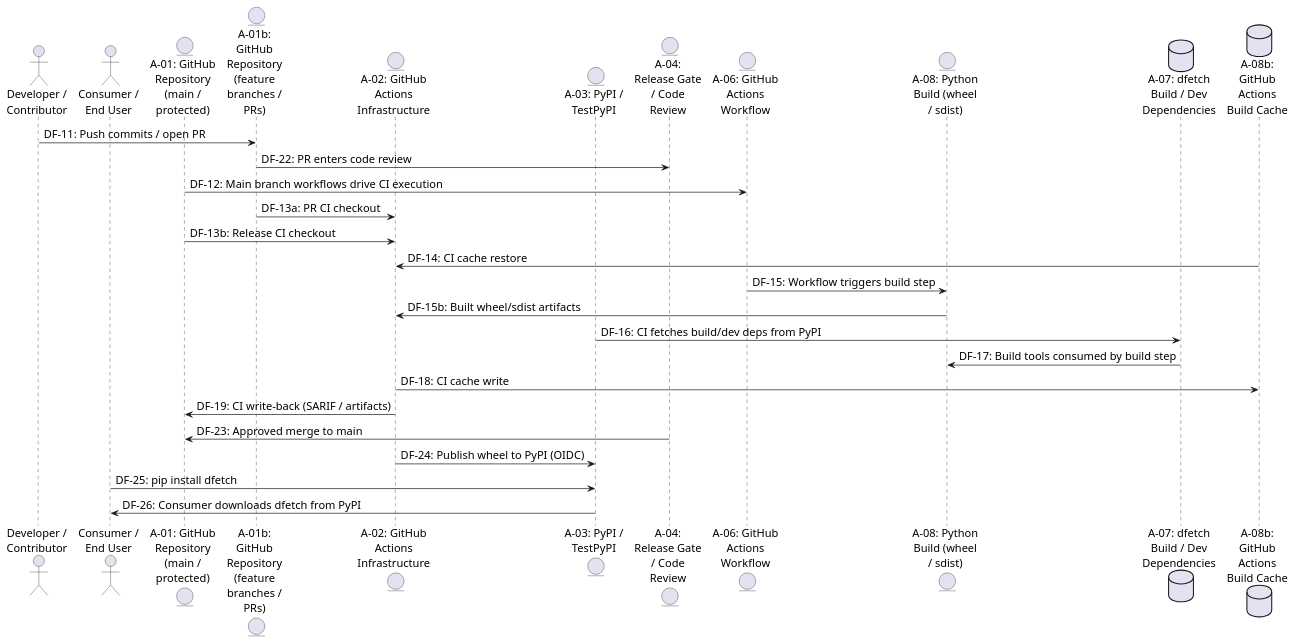
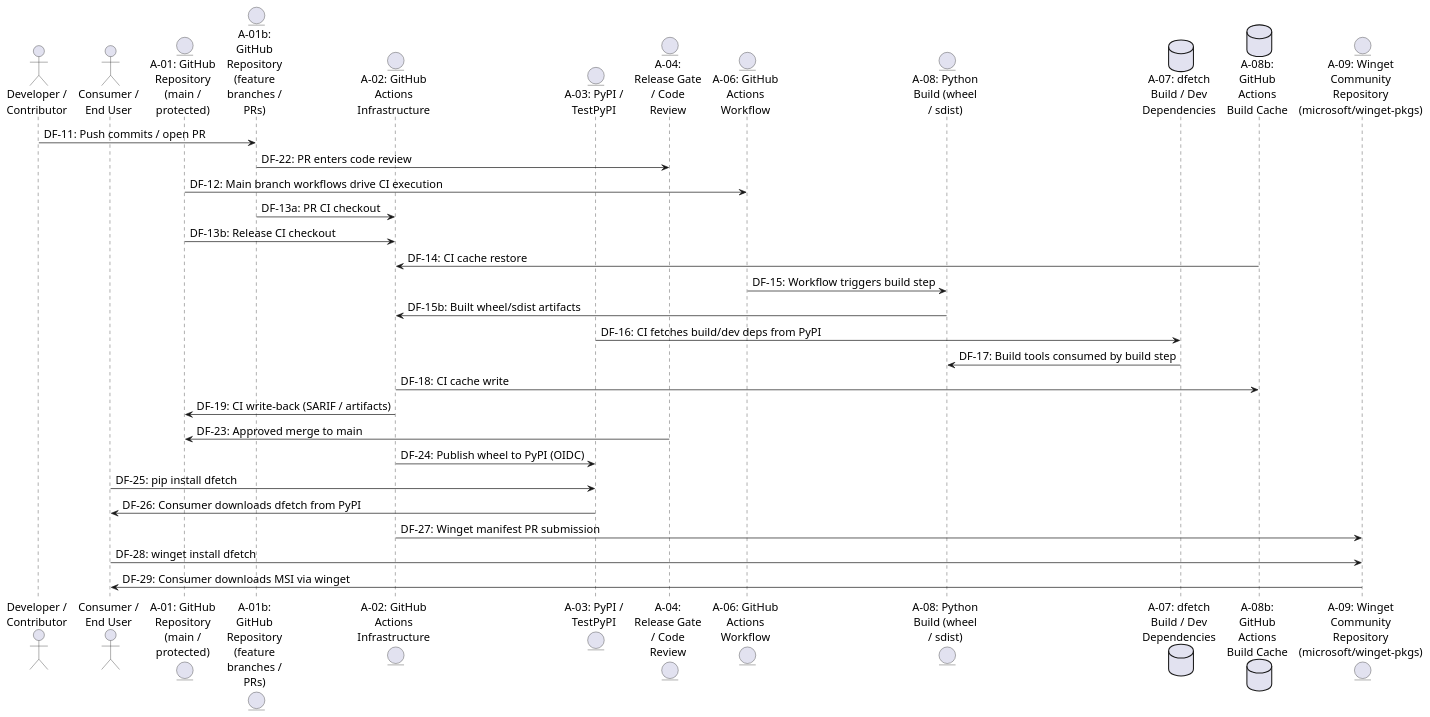
One commit to dfetch-org/dfetch changed the second of 2 diagrams in doc/explanation/threat_model_supply_chain.rst. Above: the diagram before and after it, drawn with PlantUML. The commit also changed other lines of this file and 5 other files, not shown here.

First line of the commit message:
Automate Winget manifest submission on release (#1263)

```diff
--- a/doc/explanation/threat_model_supply_chain.rst
+++ b/doc/explanation/threat_model_supply_chain.rst
@@ -401,33 +444,37 @@
 .. uml::
 
    @startuml
    skinparam defaultFontSize 16
    actor actor_DeveloperContributor_d2006ce1bb as "Developer /\nContributor"
    actor actor_ConsumerEndUser_f8af758679 as "Consumer /\nEnd User"
    entity externalentity_AGitHubRepositorymainprotected_2c440ebe53 as "A-01: GitHub\nRepository\n(main /\nprotected)"
    entity externalentity_AbGitHubRepositoryfeaturebranchesPRs_0291419f72 as "A-01b:\nGitHub\nRepository\n(feature\nbranches /\nPRs)"
    entity externalentity_AGitHubActionsInfrastructure_c76a0a7067 as "A-02: GitHub\nActions\nInfrastructure"
    entity externalentity_APyPITestPyPI_c6f87088c2 as "A-03: PyPI /\nTestPyPI"
    entity process_AReleaseGateCodeReview_9345ab4c19 as "A-04:\nRelease Gate\n/ Code\nReview"
    entity process_AGitHubActionsWorkflow_86e4604564 as "A-06: GitHub\nActions\nWorkflow"
    entity process_APythonBuildwheelsdist_b2e5892d06 as "A-08: Python\nBuild (wheel\n/ sdist)"
    database datastore_AdfetchBuildDevDependencies_990b886585 as "A-07: dfetch\nBuild / Dev\nDependencies"
    database datastore_AbGitHubActionsBuildCache_9df04f8dae as "A-08b:\nGitHub\nActions\nBuild Cache"
+   entity externalentity_AWingetCommunityRepositorymicrosoftwingetpkgs_7113ed0f48 as "A-09: Winget\nCommunity\nRepository\n(microsoft/winget-pkgs)"
 
    actor_DeveloperContributor_d2006ce1bb -> externalentity_AbGitHubRepositoryfeaturebranchesPRs_0291419f72: DF-11: Push commits / open PR
    externalentity_AbGitHubRepositoryfeaturebranchesPRs_0291419f72 -> process_AReleaseGateCodeReview_9345ab4c19: DF-22: PR enters code review
    externalentity_AGitHubRepositorymainprotected_2c440ebe53 -> process_AGitHubActionsWorkflow_86e4604564: DF-12: Main branch workflows drive CI execution
    externalentity_AbGitHubRepositoryfeaturebranchesPRs_0291419f72 -> externalentity_AGitHubActionsInfrastructure_c76a0a7067: DF-13a: PR CI checkout
    externalentity_AGitHubRepositorymainprotected_2c440ebe53 -> externalentity_AGitHubActionsInfrastructure_c76a0a7067: DF-13b: Release CI checkout
    datastore_AbGitHubActionsBuildCache_9df04f8dae -> externalentity_AGitHubActionsInfrastructure_c76a0a7067: DF-14: CI cache restore
    process_AGitHubActionsWorkflow_86e4604564 -> process_APythonBuildwheelsdist_b2e5892d06: DF-15: Workflow triggers build step
    process_APythonBuildwheelsdist_b2e5892d06 -> externalentity_AGitHubActionsInfrastructure_c76a0a7067: DF-15b: Built wheel/sdist artifacts
    externalentity_APyPITestPyPI_c6f87088c2 -> datastore_AdfetchBuildDevDependencies_990b886585: DF-16: CI fetches build/dev deps from PyPI
    datastore_AdfetchBuildDevDependencies_990b886585 -> process_APythonBuildwheelsdist_b2e5892d06: DF-17: Build tools consumed by build step
    externalentity_AGitHubActionsInfrastructure_c76a0a7067 -> datastore_AbGitHubActionsBuildCache_9df04f8dae: DF-18: CI cache write
    externalentity_AGitHubActionsInfrastructure_c76a0a7067 -> externalentity_AGitHubRepositorymainprotected_2c440ebe53: DF-19: CI write-back (SARIF / artifacts)
    process_AReleaseGateCodeReview_9345ab4c19 -> externalentity_AGitHubRepositorymainprotected_2c440ebe53: DF-23: Approved merge to main
    externalentity_AGitHubActionsInfrastructure_c76a0a7067 -> externalentity_APyPITestPyPI_c6f87088c2: DF-24: Publish wheel to PyPI (OIDC)
    actor_ConsumerEndUser_f8af758679 -> externalentity_APyPITestPyPI_c6f87088c2: DF-25: pip install dfetch
    externalentity_APyPITestPyPI_c6f87088c2 -> actor_ConsumerEndUser_f8af758679: DF-26: Consumer downloads dfetch from PyPI
+   externalentity_AGitHubActionsInfrastructure_c76a0a7067 -> externalentity_AWingetCommunityRepositorymicrosoftwingetpkgs_7113ed0f48: DF-27: Winget manifest PR submission
+   actor_ConsumerEndUser_f8af758679 -> externalentity_AWingetCommunityRepositorymicrosoftwingetpkgs_7113ed0f48: DF-28: winget install dfetch
+   externalentity_AWingetCommunityRepositorymicrosoftwingetpkgs_7113ed0f48 -> actor_ConsumerEndUser_f8af758679: DF-29: Consumer downloads MSI via winget
    @enduml
```
